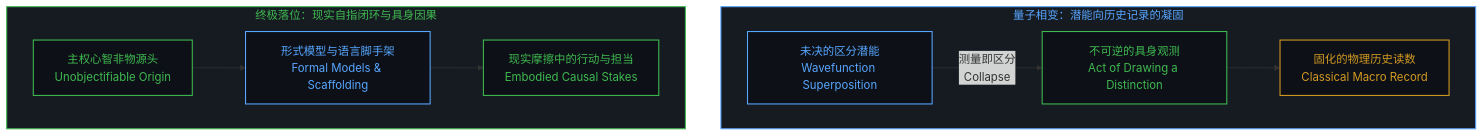
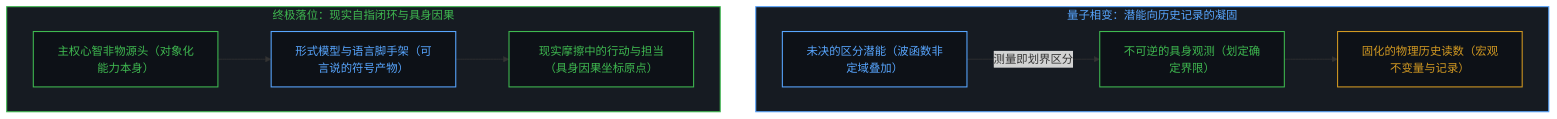
One commit to powerpig99/not-a-toe changed the ninth of 10 diagrams in content/posts/all-that-can-be-spoken-is-the-product-of-the-unspeakable.md. Above: the diagram before and after it, drawn with Mermaid. The commit also changed other lines of this file and 8 other files, not shown here.

````diff
--- a/content/posts/all-that-can-be-spoken-is-the-product-of-the-unspeakable.md
+++ b/content/posts/all-that-can-be-spoken-is-the-product-of-the-unspeakable.md
@@ -259,25 +289,25 @@
 ```mermaid
 graph TD
     classDef default fill:#0d1117,stroke:#30363d,stroke-width:1px,color:#f0f6fc;
     classDef mind fill:#0d1117,stroke:#3fb950,stroke-width:1.5px,color:#3fb950;
     classDef failure fill:#0d1117,stroke:#f85149,stroke-width:1.5px,color:#f85149;
     classDef scaffold fill:#0d1117,stroke:#d29922,stroke-width:1.5px,color:#d29922;
     classDef model fill:#0d1117,stroke:#58a6ff,stroke-width:1.5px,color:#58a6ff;
 
     subgraph S_QuantumPhase ["量子相变：潜能向历史记录的凝固"]
-        Q1["未决的区分潜能<br/>Wavefunction Superposition"]:::model
-        Q2["不可逆的具身观测<br/>Act of Drawing a Distinction"]:::mind
-        Q3["固化的物理历史读数<br/>Classical Macro Record"]:::scaffold
-        Q1 -->|"测量即区分<br/>Collapse"| Q2 --> Q3
+        Q1["未决的区分潜能（波函数非定域叠加）"]:::model
+        Q2["不可逆的具身观测（划定确定界限）"]:::mind
+        Q3["固化的物理历史读数（宏观不变量与记录）"]:::scaffold
+        Q1 -->|"测量即划界区分"| Q2 --> Q3
     end
 
     subgraph S_EmbodiedCausality ["终极落位：现实自指闭环与具身因果"]
-        C1["主权心智非物源头<br/>Unobjectifiable Origin"]:::mind
-        C2["形式模型与语言脚手架<br/>Formal Models & Scaffolding"]:::model
-        C3["现实摩擦中的行动与担当<br/>Embodied Causal Stakes"]:::mind
+        C1["主权心智非物源头（对象化能力本身）"]:::mind
+        C2["形式模型与语言脚手架（可言说的符号产物）"]:::model
+        C3["现实摩擦中的行动与担当（具身因果坐标原点）"]:::mind
         C1 --> C2 --> C3
     end
 
     style S_QuantumPhase fill:#161b22,stroke:#58a6ff,stroke-width:1.5px,color:#58a6ff
     style S_EmbodiedCausality fill:#161b22,stroke:#3fb950,stroke-width:1.5px,color:#3fb950
 ```
````
